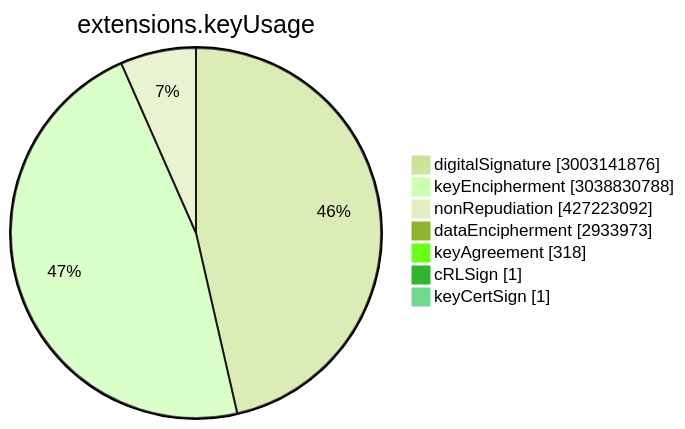
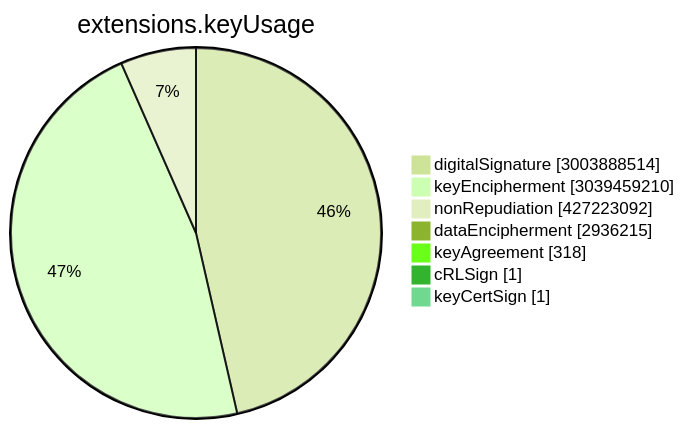
The sixth of 15 diagrams in TOTAL/README.md (christiankrug/ctmonitor_visualization), drawn with Mermaid (forest theme) before and after one commit. The commit also changed other lines of this file, not shown here.

````diff
--- a/TOTAL/README.md
+++ b/TOTAL/README.md
@@ -3074,11 +3074,11 @@
 ```mermaid
 pie showData
 title extensions.keyUsage
-"digitalSignature" :3003141876
-"keyEncipherment" :3038830788
+"digitalSignature" :3003888514
+"keyEncipherment" :3039459210
 "nonRepudiation" :427223092
-"dataEncipherment" :2933973
+"dataEncipherment" :2936215
 "keyAgreement" :318
 "cRLSign" :1
 "keyCertSign" :1
 ```
````
